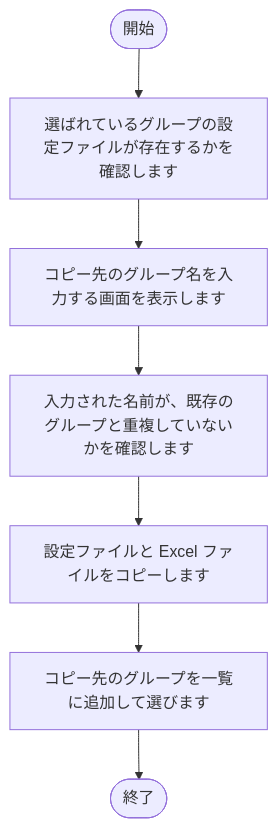
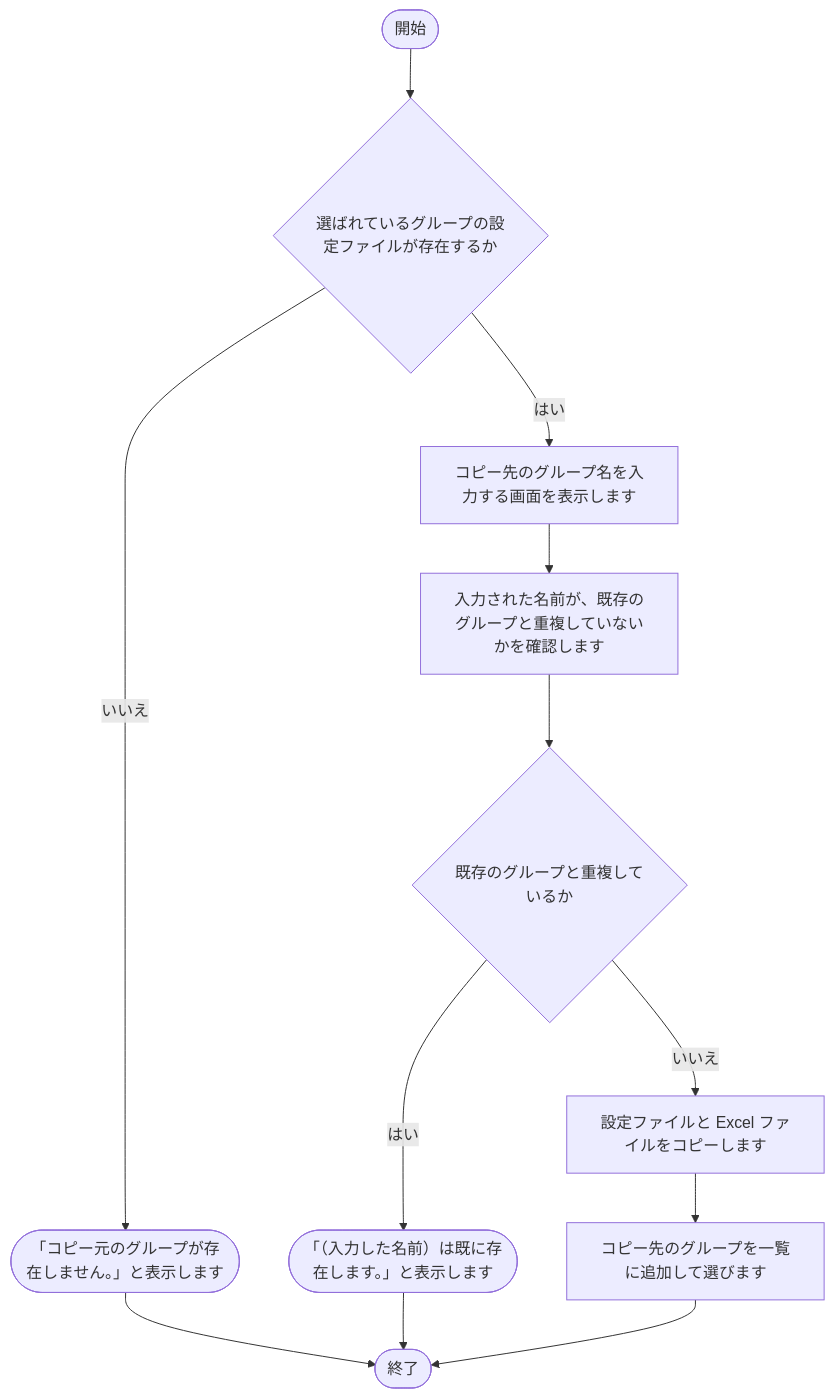
Diagram 14 of 28 in tool/track-aggregator/doc/02_設計/処理フロー.md (nishida2073/project_management), drawn with Mermaid before and after one commit. The commit also changed other lines of this file and 19 other files, not shown here.

````diff
--- a/tool/track-aggregator/doc/02_設計/処理フロー.md
+++ b/tool/track-aggregator/doc/02_設計/処理フロー.md
@@ -366,16 +374,24 @@
 ```mermaid
 flowchart TD
     S(["開始"])
     E(["終了"])
-    N1["選ばれているグループの設定ファイルが存在するかを確認します"]
+    N1{"選ばれているグループの設定ファイルが存在するか"}
     S --> N1
+    X1(["「コピー元のグループが存在しません。」と表示します"])
+    N1 -- いいえ --> X1
+    X1 --> E
     N2["コピー先のグループ名を入力する画面を表示します"]
-    N1 --> N2
+    N1 -- はい --> N2
     N3["入力された名前が、既存のグループと重複していないかを確認します"]
     N2 --> N3
+    N6{"既存のグループと重複しているか"}
+    N3 --> N6
+    X6(["「（入力した名前）は既に存在します。」と表示します"])
+    N6 -- はい --> X6
+    X6 --> E
     N4["設定ファイルと Excel ファイルをコピーします"]
-    N3 --> N4
+    N6 -- いいえ --> N4
     N5["コピー先のグループを一覧に追加して選びます"]
     N4 --> N5
     N5 --> E
 ```
````
